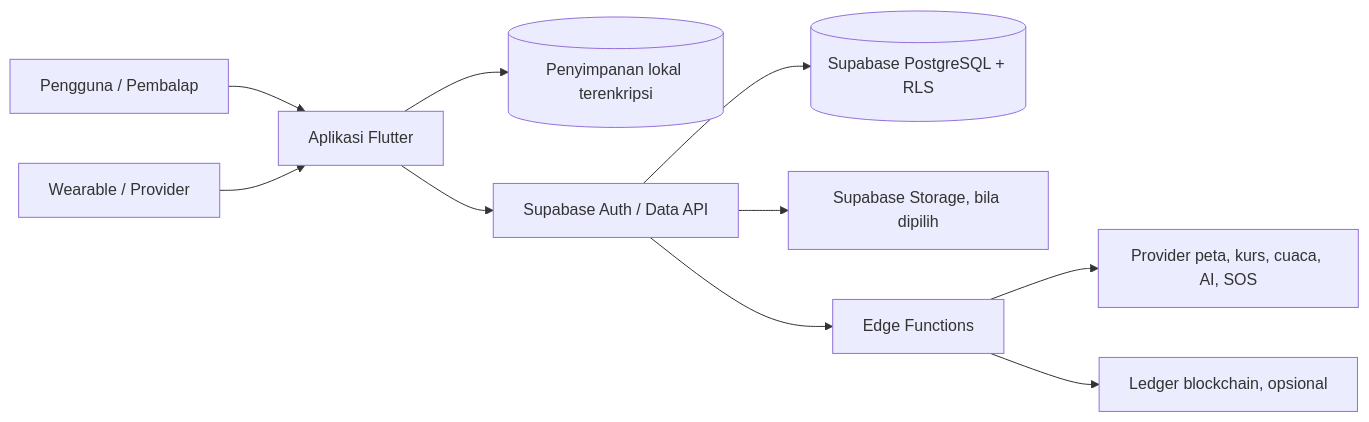
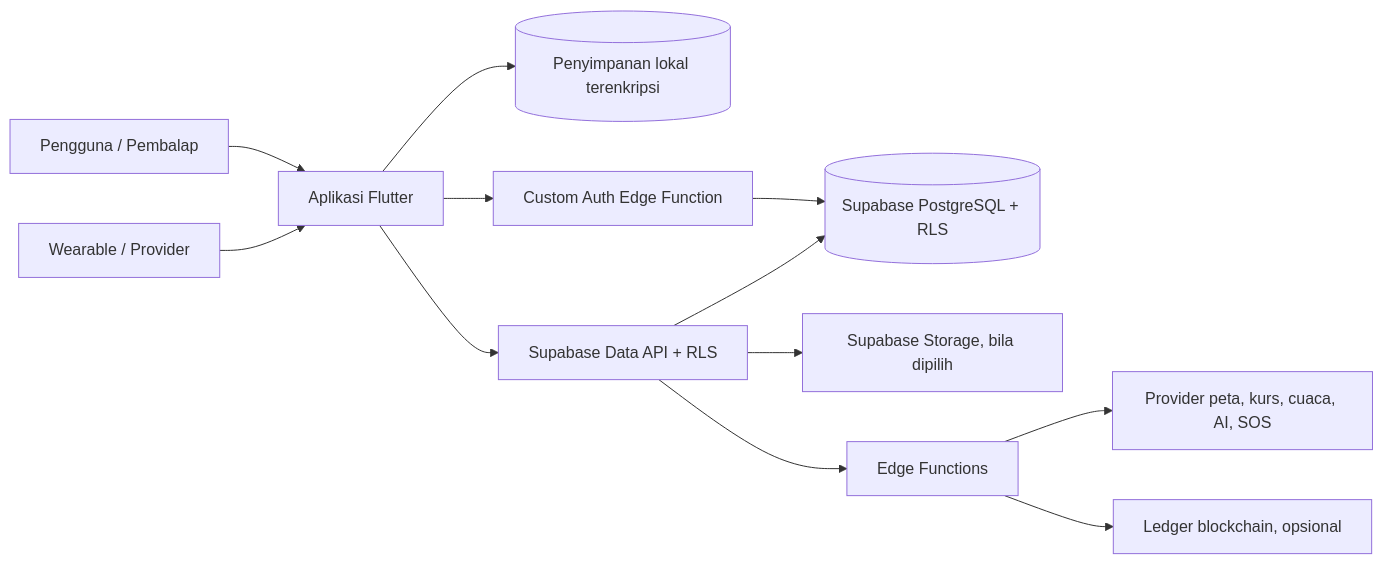
One commit to IvandryPage/senapath-app changed the diagram in agents/architecture.md. Above: the diagram before and after it, drawn with Mermaid. The commit also changed other lines of this file and 34 other files, not shown here.

Commit message:
feat: change auth from supabase auth to custom auth

````diff
--- a/agents/architecture.md
+++ b/agents/architecture.md
@@ -20,12 +20,14 @@
 ```mermaid
 flowchart LR
     U[Pengguna / Pembalap] --> APP[Aplikasi Flutter]
     W[Wearable / Provider] --> APP
     APP --> LOCAL[(Penyimpanan lokal terenkripsi)]
-    APP --> SB[Supabase Auth / Data API]
-    SB --> DB[(Supabase PostgreSQL + RLS)]
+    APP --> AUTH[Custom Auth Edge Function]
+    AUTH --> DB[(Supabase PostgreSQL + RLS)]
+    APP --> SB[Supabase Data API + RLS]
+    SB --> DB
     SB --> STORAGE[Supabase Storage, bila dipilih]
     SB --> FN[Edge Functions]
     FN --> EXT[Provider peta, kurs, cuaca, AI, SOS]
     FN --> LEDGER[Ledger blockchain, opsional]
 ```
````
